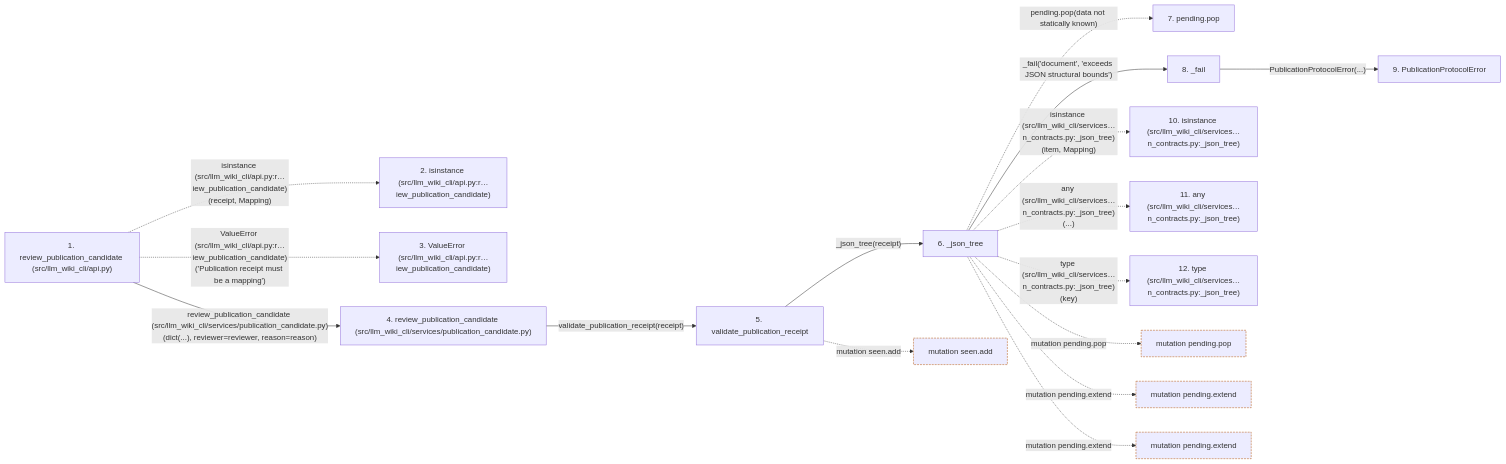
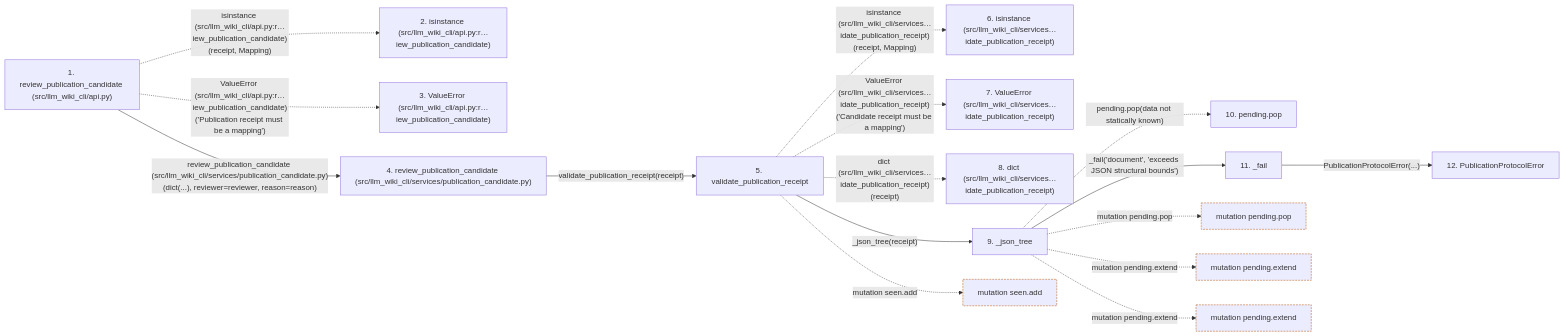
Before and after one commit to Denissvgn/python-wiki-llm: the second of 2 diagrams in docs/llm_wiki/flows/api-review_publication_candidate.md, drawn with Mermaid. The commit also changed other lines of this file and 222 other files, not shown here.

Commit message:
fix: protect portable wiki candidate inputs and review targets

````diff
--- a/docs/llm_wiki/flows/api-review_publication_candidate.md
+++ b/docs/llm_wiki/flows/api-review_publication_candidate.md
@@ -137,45 +137,45 @@
 ```mermaid
 flowchart LR
     s1["1. review_publication_candidate (src/llm_wiki_cli/api.py)"]
     s2["2. isinstance (src/llm_wiki_cli/api.py:r…iew_publication_candidate)"]
     s3["3. ValueError (src/llm_wiki_cli/api.py:r…iew_publication_candidate)"]
     s4["4. review_publication_candidate (src/llm_wiki_cli/services/publication_candidate.py)"]
     s5["5. validate_publication_receipt"]
-    s6["6. _json_tree"]
-    s7["7. pending.pop"]
-    s8["8. _fail"]
-    s9["9. PublicationProtocolError"]
-    s10["10. isinstance (src/llm_wiki_cli/services…n_contracts.py:_json_tree)"]
-    s11["11. any (src/llm_wiki_cli/services…n_contracts.py:_json_tree)"]
-    s12["12. type (src/llm_wiki_cli/services…n_contracts.py:_json_tree)"]
+    s6["6. isinstance (src/llm_wiki_cli/services…idate_publication_receipt)"]
+    s7["7. ValueError (src/llm_wiki_cli/services…idate_publication_receipt)"]
+    s8["8. dict (src/llm_wiki_cli/services…idate_publication_receipt)"]
+    s9["9. _json_tree"]
+    s10["10. pending.pop"]
+    s11["11. _fail"]
+    s12["12. PublicationProtocolError"]
     s1 -. "isinstance (src/llm_wiki_cli/api.py:r…iew_publication_candidate)(receipt, Mapping)" .-> s2
     s1 -. "ValueError (src/llm_wiki_cli/api.py:r…iew_publication_candidate)('Publication receipt must be a mapping')" .-> s3
     s1 -->|"review_publication_candidate (src/llm_wiki_cli/services/publication_candidate.py)(dict(...), reviewer=reviewer, reason=reason)"| s4
     s4 -->|"validate_publication_receipt(receipt)"| s5
-    s5 -->|"_json_tree(receipt)"| s6
-    s6 -. "pending.pop(data not statically known)" .-> s7
-    s6 -->|"_fail('document', 'exceeds JSON structural bounds')"| s8
-    s8 -->|"PublicationProtocolError(...)"| s9
-    s6 -. "isinstance (src/llm_wiki_cli/services…n_contracts.py:_json_tree)(item, Mapping)" .-> s10
-    s6 -. "any (src/llm_wiki_cli/services…n_contracts.py:_json_tree)(...)" .-> s11
-    s6 -. "type (src/llm_wiki_cli/services…n_contracts.py:_json_tree)(key)" .-> s12
+    s5 -. "isinstance (src/llm_wiki_cli/services…idate_publication_receipt)(receipt, Mapping)" .-> s6
+    s5 -. "ValueError (src/llm_wiki_cli/services…idate_publication_receipt)('Candidate receipt must be a mapping')" .-> s7
+    s5 -. "dict (src/llm_wiki_cli/services…idate_publication_receipt)(receipt)" .-> s8
+    s5 -->|"_json_tree(receipt)"| s9
+    s9 -. "pending.pop(data not statically known)" .-> s10
+    s9 -->|"_fail('document', 'exceeds JSON structural bounds')"| s11
+    s11 -->|"PublicationProtocolError(...)"| s12
     b0["mutation seen.add"]
     s5 -. "mutation seen.add" .-> b0
     b1["mutation pending.pop"]
-    s6 -. "mutation pending.pop" .-> b1
+    s9 -. "mutation pending.pop" .-> b1
     b2["mutation pending.extend"]
-    s6 -. "mutation pending.extend" .-> b2
+    s9 -. "mutation pending.extend" .-> b2
     b3["mutation pending.extend"]
-    s6 -. "mutation pending.extend" .-> b3
+    s9 -. "mutation pending.extend" .-> b3
     click s1 "../modules/api.md"
     click s4 "../modules/publication_candidate.md"
     click s5 "../modules/publication_candidate.md"
-    click s6 "../modules/publication_contracts.md"
-    click s8 "../modules/publication_contracts.md"
     click s9 "../modules/publication_contracts.md"
+    click s11 "../modules/publication_contracts.md"
+    click s12 "../modules/publication_contracts.md"
     classDef boundary stroke:#b45309,stroke-dasharray: 4 2
     class b0 boundary
     class b1 boundary
     class b2 boundary
     class b3 boundary
 ```
````
